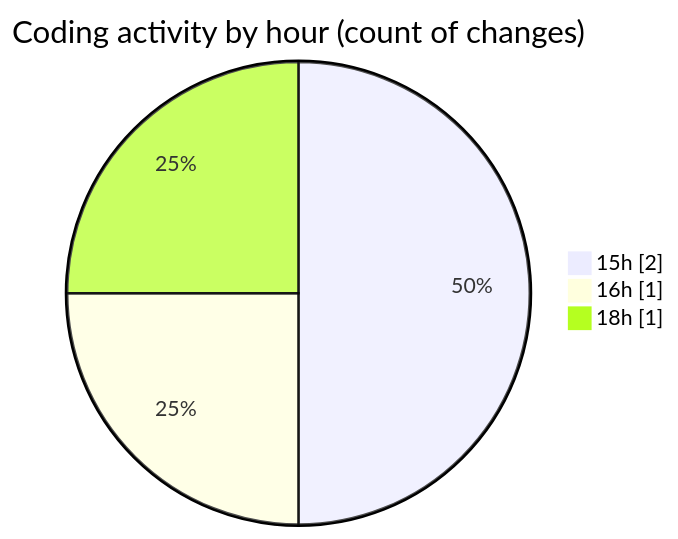
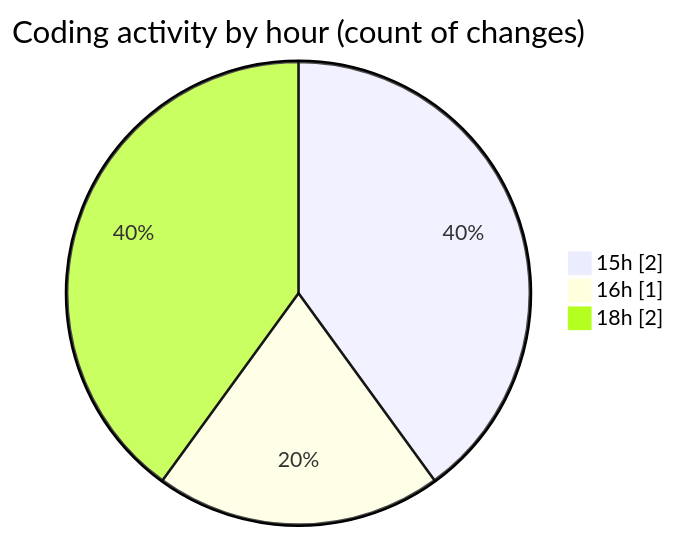
One commit to EIIisD/code-tracking changed the second of 2 diagrams in 2025-07-24/uc/README.md. Above: the diagram before and after it, drawn with Mermaid. The commit also changed other lines of this file and 1 other file, not shown here.

````diff
--- a/2025-07-24/uc/README.md
+++ b/2025-07-24/uc/README.md
@@ -32,7 +33,7 @@
 ```mermaid
 pie showData
 title Coding activity by hour (count of changes)
 "15h" : 2
 "16h" : 1
-"18h" : 1
+"18h" : 2
 ```
````
